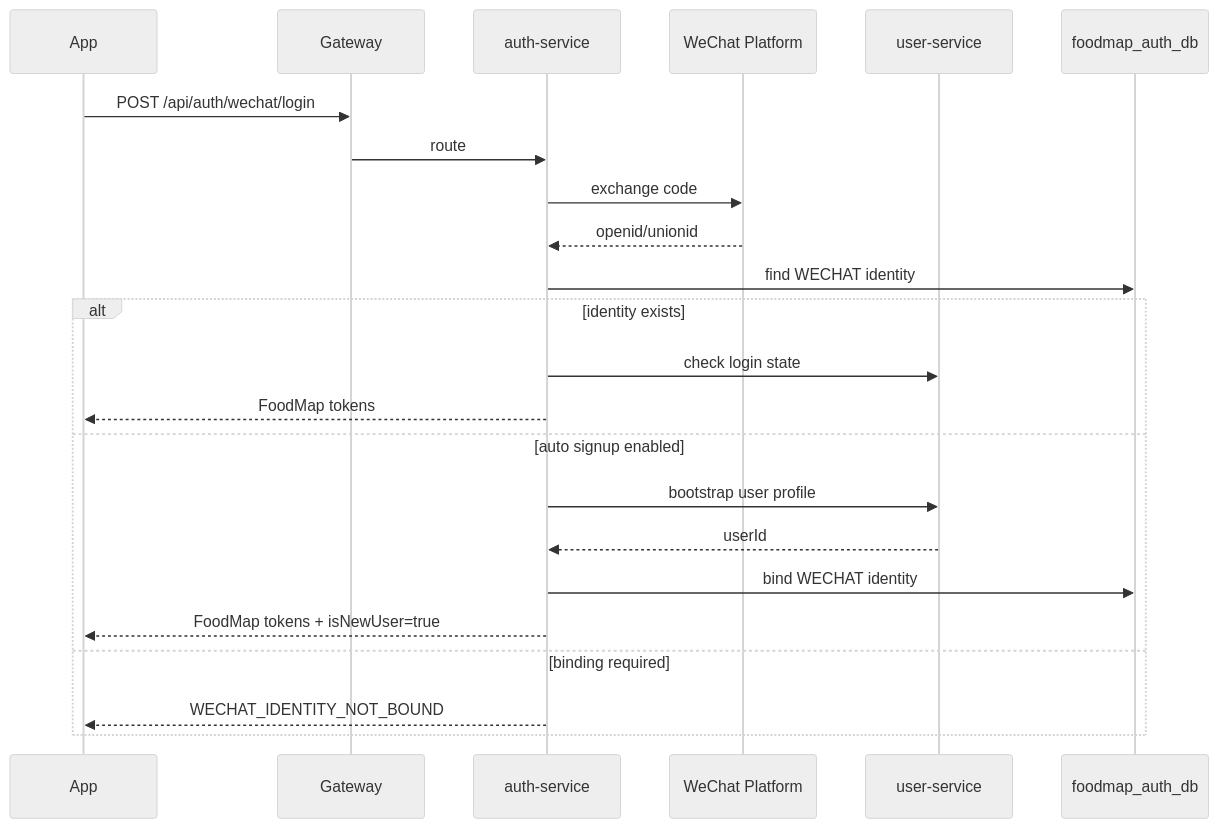
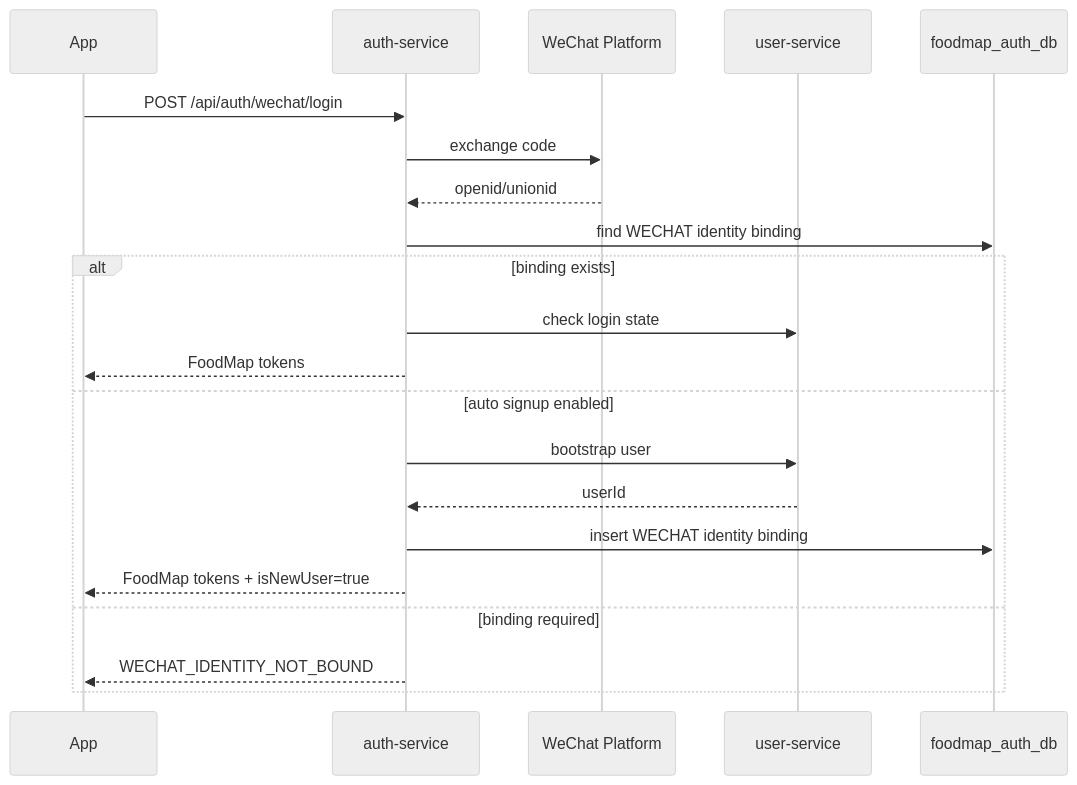
Before and after one commit to xuqian-z97/food-map: the fourth of 4 diagrams in docs/architecture/2026-06-26-identity-auth-refactor.md, drawn with Mermaid (neutral theme). The commit also changed other lines of this file, not shown here.

Commit message:
docs: refine identity auth refactor plan

````diff
--- a/docs/architecture/2026-06-26-identity-auth-refactor.md
+++ b/docs/architecture/2026-06-26-identity-auth-refactor.md
@@ -532,26 +659,24 @@
 ```mermaid
 sequenceDiagram
     participant App
-    participant Gateway
     participant Auth as auth-service
     participant WeChat as WeChat Platform
     participant User as user-service
     participant AuthDb as foodmap_auth_db
 
-    App->>Gateway: POST /api/auth/wechat/login
-    Gateway->>Auth: route
+    App->>Auth: POST /api/auth/wechat/login
     Auth->>WeChat: exchange code
     WeChat-->>Auth: openid/unionid
-    Auth->>AuthDb: find WECHAT identity
-    alt identity exists
+    Auth->>AuthDb: find WECHAT identity binding
+    alt binding exists
         Auth->>User: check login state
         Auth-->>App: FoodMap tokens
     else auto signup enabled
-        Auth->>User: bootstrap user profile
+        Auth->>User: bootstrap user
         User-->>Auth: userId
-        Auth->>AuthDb: bind WECHAT identity
+        Auth->>AuthDb: insert WECHAT identity binding
         Auth-->>App: FoodMap tokens + isNewUser=true
     else binding required
         Auth-->>App: WECHAT_IDENTITY_NOT_BOUND
     end
 ```
````
